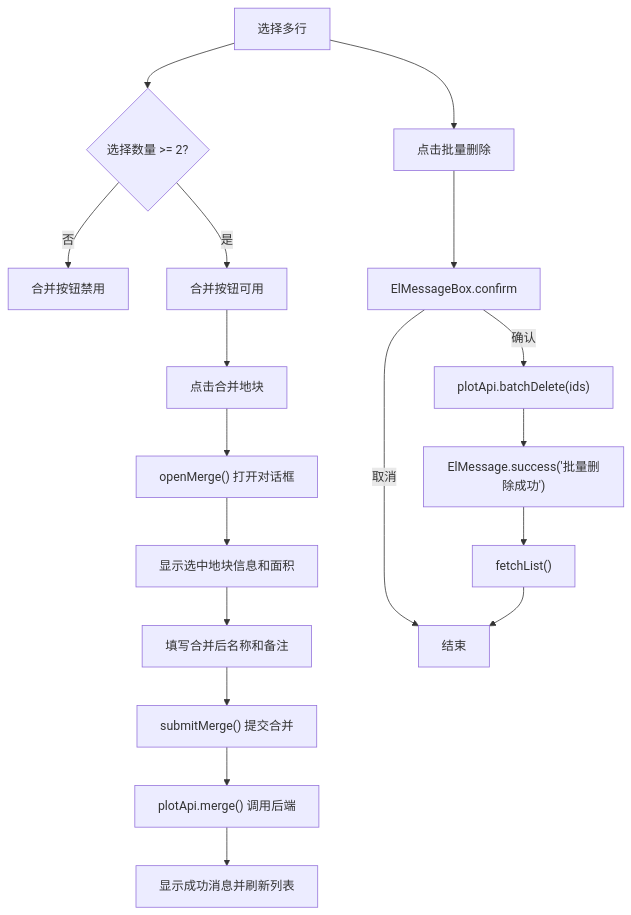
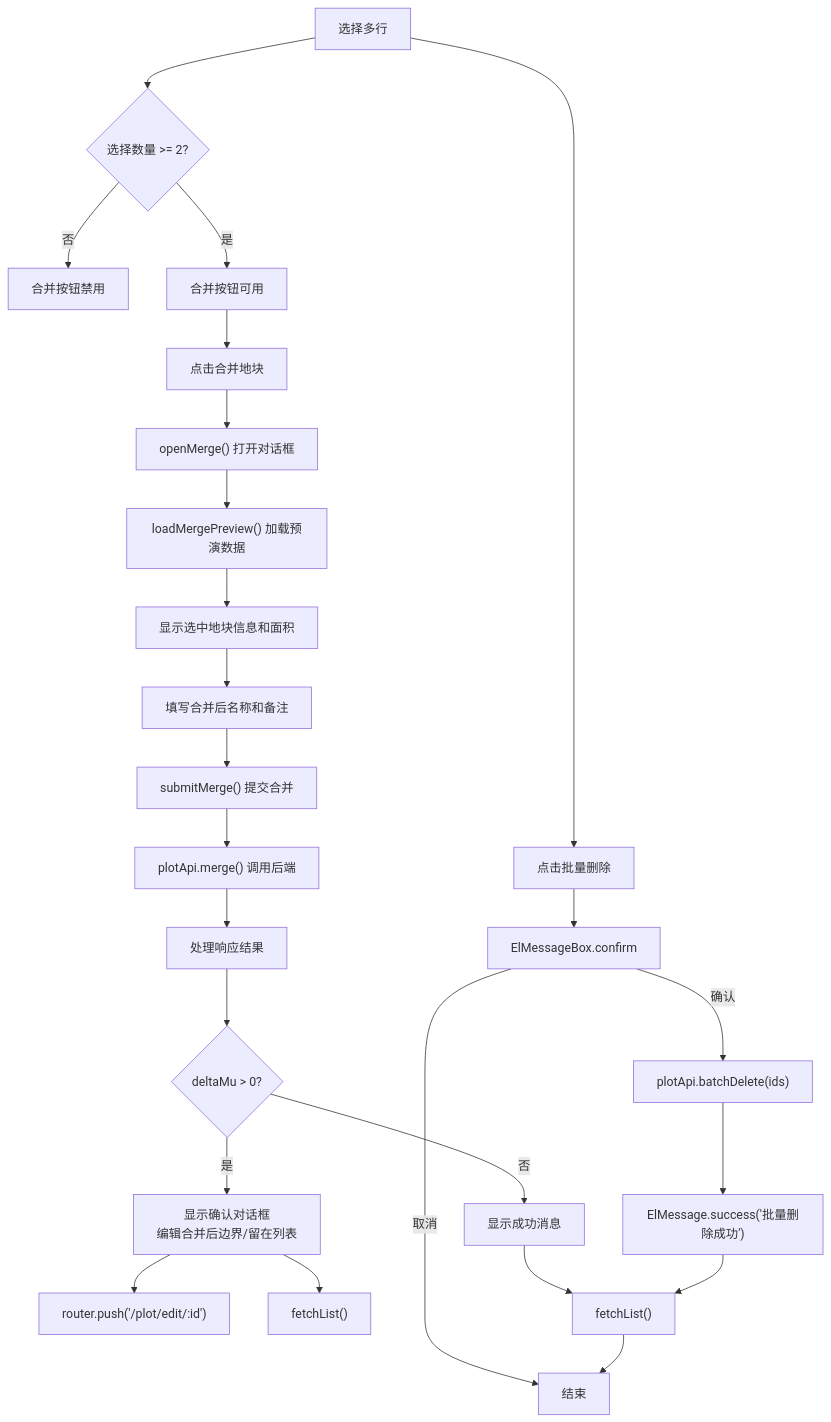
Before and after one commit to q446328246/agri-platform: the sixth of 10 diagrams in .qoder/repowiki/zh/content/前端应用文档/核心页面/地块管理页面/地块列表页面.md, drawn with Mermaid. The commit also changed other lines of this file and 4 other files, not shown here.

````diff
--- a/.qoder/repowiki/zh/content/前端应用文档/核心页面/地块管理页面/地块列表页面.md
+++ b/.qoder/repowiki/zh/content/前端应用文档/核心页面/地块管理页面/地块列表页面.md
@@ -228,20 +237,27 @@
 ```mermaid
 flowchart TD
 Sel["选择多行"] --> Check{"选择数量 >= 2?"}
 Check --> |否| Disable["合并按钮禁用"]
 Check --> |是| Enable["合并按钮可用"]
 Enable --> MergeBtn["点击合并地块"]
 MergeBtn --> OpenDialog["openMerge() 打开对话框"]
-OpenDialog --> ShowInfo["显示选中地块信息和面积"]
+OpenDialog --> LoadPreview["loadMergePreview() 加载预演数据"]
+LoadPreview --> ShowInfo["显示选中地块信息和面积"]
 ShowInfo --> FillForm["填写合并后名称和备注"]
 FillForm --> Submit["submitMerge() 提交合并"]
 Submit --> CallAPI["plotApi.merge() 调用后端"]
-CallAPI --> Success["显示成功消息并刷新列表"]
+CallAPI --> ProcessResult["处理响应结果"]
+ProcessResult --> DeltaCheck{"deltaMu > 0?"}
+DeltaCheck --> |是| ConfirmDialog["显示确认对话框<br/>编辑合并后边界/留在列表"]
+DeltaCheck --> |否| SuccessMsg["显示成功消息"]
+ConfirmDialog --> EditBoundary["router.push('/plot/edit/:id')"]
+ConfirmDialog --> StayList["fetchList()"]
+SuccessMsg --> Refresh["fetchList()"]
 Sel --> BatchDel["点击批量删除"]
 BatchDel --> Confirm["ElMessageBox.confirm"]
 Confirm --> |取消| End["结束"]
 Confirm --> |确认| Call["plotApi.batchDelete(ids)"]
 Call --> Msg["ElMessage.success('批量删除成功')"]
-Msg --> Refresh["fetchList()"]
+Msg --> Refresh
 Refresh --> End
 ```
````
